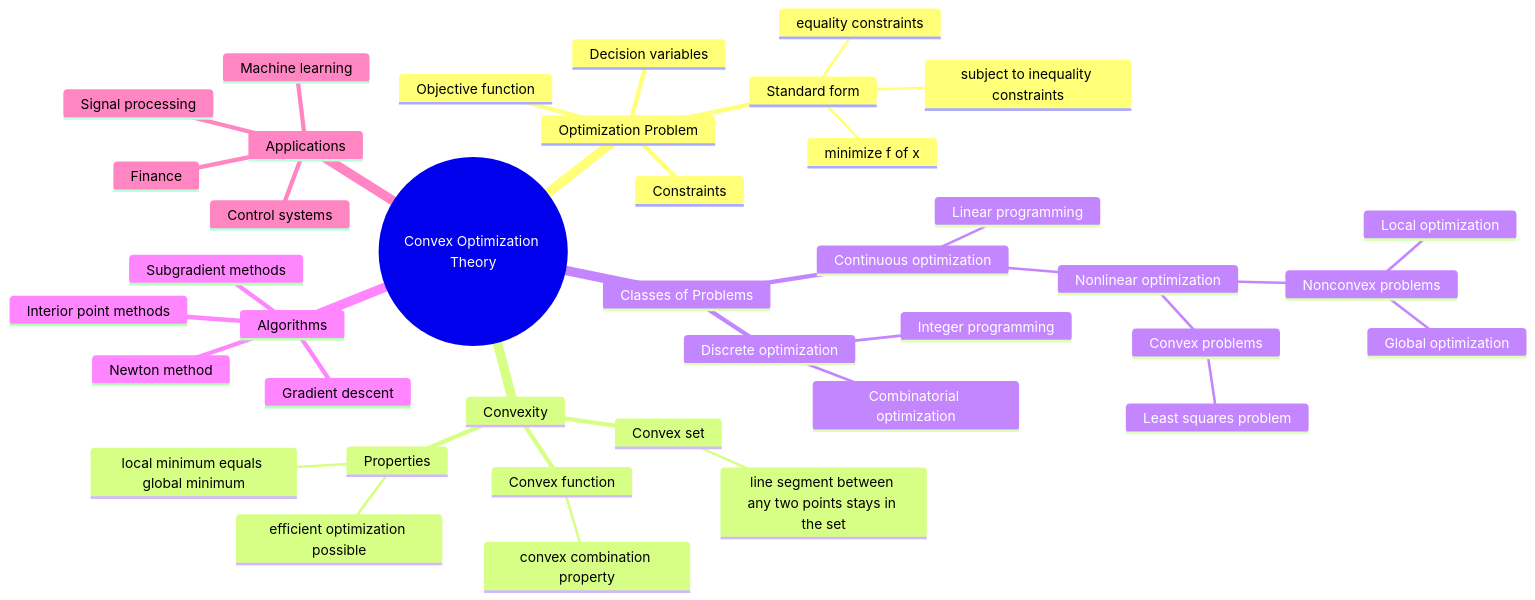
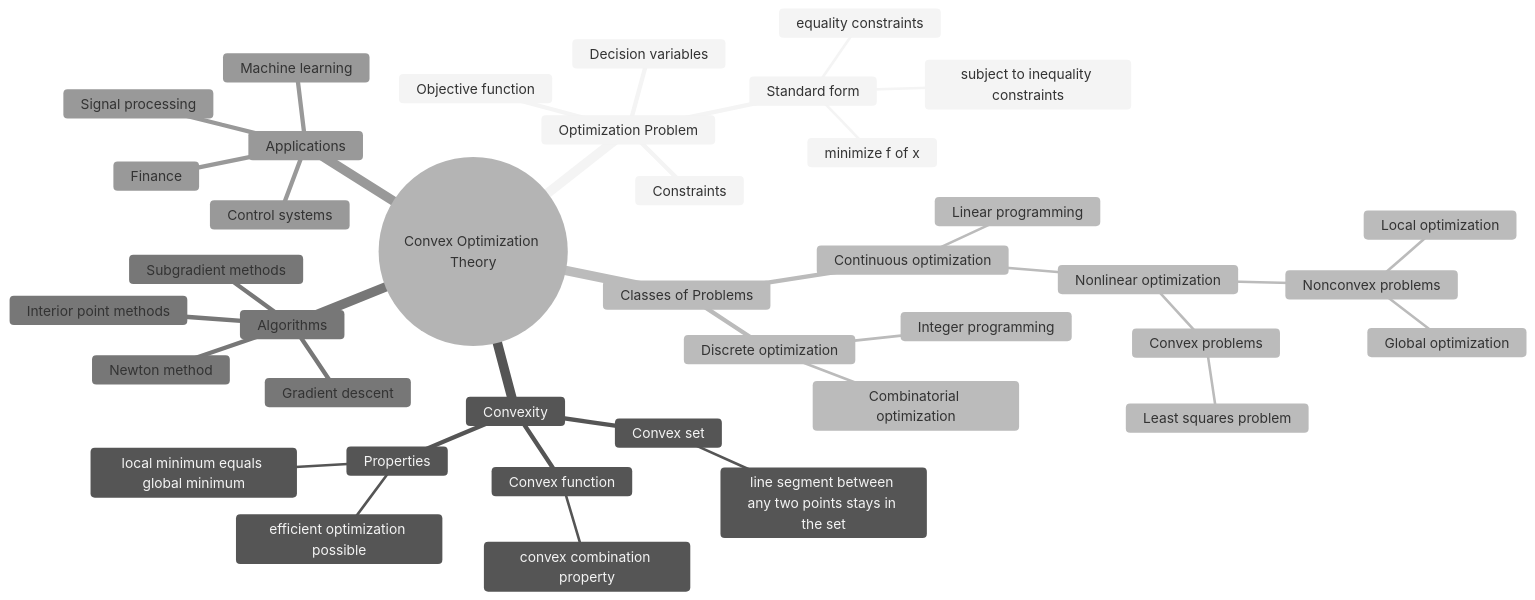
One commit to Blanketzzz/mindmap-test changed the diagram in mindmap_test.md. Above: the diagram before and after it, drawn with Mermaid.

Commit message:
Add Mermaid neutral theme config
Made-with: Cursor

````diff
--- a/mindmap_test.md
+++ b/mindmap_test.md
@@ -1,48 +1,48 @@
 ```mermaid
-
+%%{init: {'theme':'neutral'}}%%
 mindmap
   root((Convex Optimization Theory))
 
     Optimization Problem
       Objective function
       Decision variables
       Constraints
       Standard form
         minimize f of x
         subject to inequality constraints
         equality constraints
 
     Convexity
       Convex set
         line segment between any two points stays in the set
       Convex function
         convex combination property
       Properties
         local minimum equals global minimum
         efficient optimization possible
 
     Classes of Problems
       Continuous optimization
         Linear programming
         Nonlinear optimization
           Convex problems
             Least squares problem
           Nonconvex problems
             Local optimization
             Global optimization
       Discrete optimization
         Integer programming
         Combinatorial optimization
 
     Algorithms
       Gradient descent
       Newton method
       Interior point methods
       Subgradient methods
 
     Applications
       Machine learning
       Signal processing
       Control systems
       Finance
 ```
````
